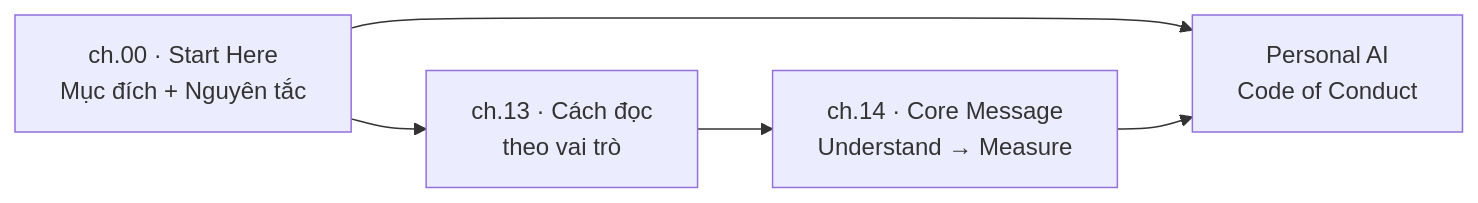
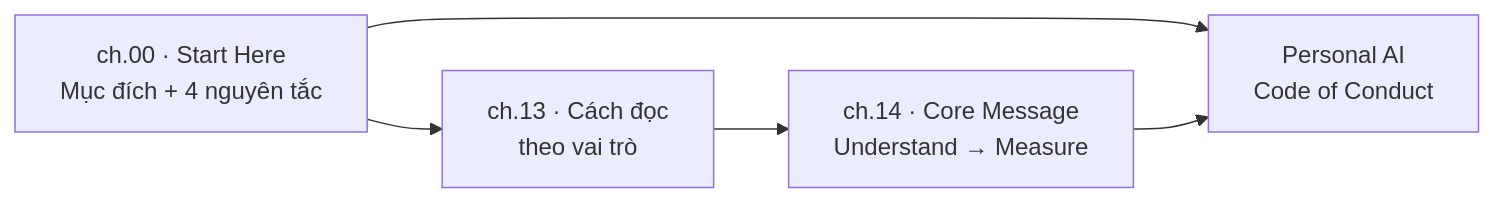
One commit to heino-labs/gen-ai-labs changed the first of 2 diagrams in docs/curriculum/MODULE-01-ai-handbook.md. Above: the diagram before and after it, drawn with Mermaid. The commit also changed other lines of this file and 10 other files, not shown here.

Commit message:
Refactor MODULE-09-capstone.md and README.md for clarity and structure; enhance narrative flow and emphasize evidence-based learning in AI testing curriculum.

````diff
--- a/docs/curriculum/MODULE-01-ai-handbook.md
+++ b/docs/curriculum/MODULE-01-ai-handbook.md
@@ -33,7 +39,7 @@
 ```mermaid
 flowchart LR
-    H0["ch.00 · Start Here<br/>Mục đích + Nguyên tắc"] --> HK["ch.13 · Cách đọc<br/>theo vai trò"]
+    H0["ch.00 · Start Here<br/>Mục đích + 4 nguyên tắc"] --> HK["ch.13 · Cách đọc<br/>theo vai trò"]
     HK --> HC["ch.14 · Core Message<br/>Understand → Measure"]
     H0 --> AG["Personal AI<br/>Code of Conduct"]
     HC --> AG
 ```
````
